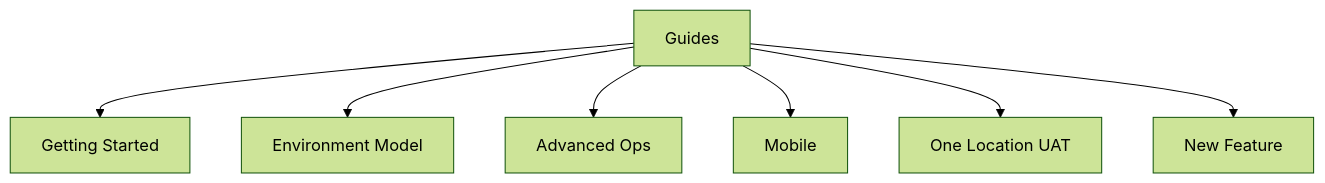
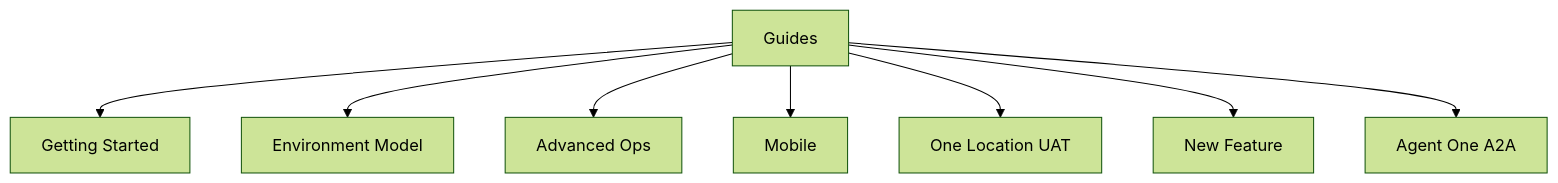
Before and after one commit to hushh-labs/hushh-research: the diagram in docs/guides/README.md, drawn with Mermaid (forest theme). The commit also changed other lines of this file and 5 other files, not shown here.

Commit message:
feat(a2a): publish Agent One card skills

````diff
--- a/docs/guides/README.md
+++ b/docs/guides/README.md
@@ -7,17 +7,19 @@
 ```mermaid
 flowchart TD
   root["Guides"]
   start["Getting Started"]
   env["Environment Model"]
   ops["Advanced Ops"]
   mobile["Mobile"]
   location["One Location UAT"]
   feature["New Feature"]
+  a2a["Agent One A2A"]
 
   root --> start
   root --> env
   root --> ops
   root --> mobile
   root --> location
   root --> feature
+  root --> a2a
 ```
````
